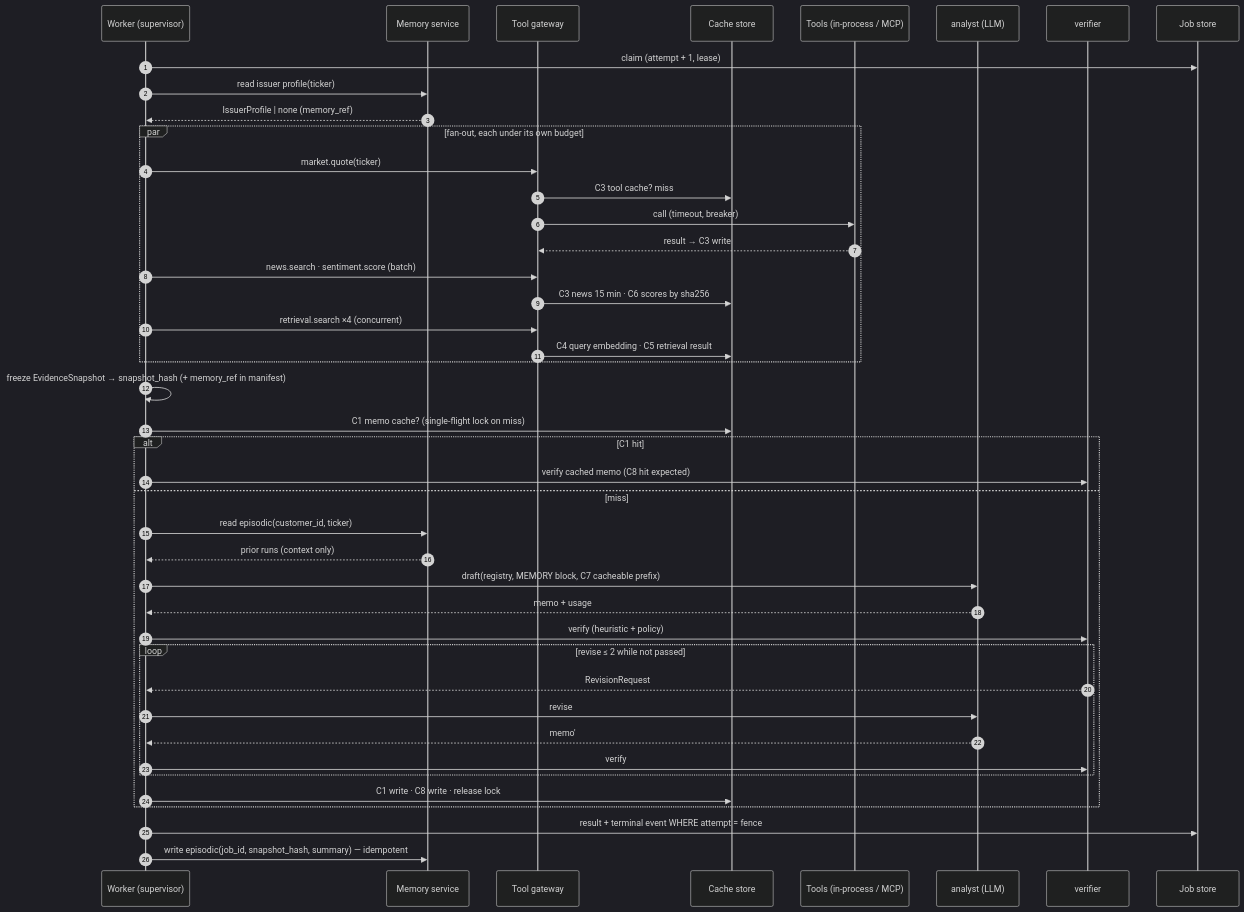
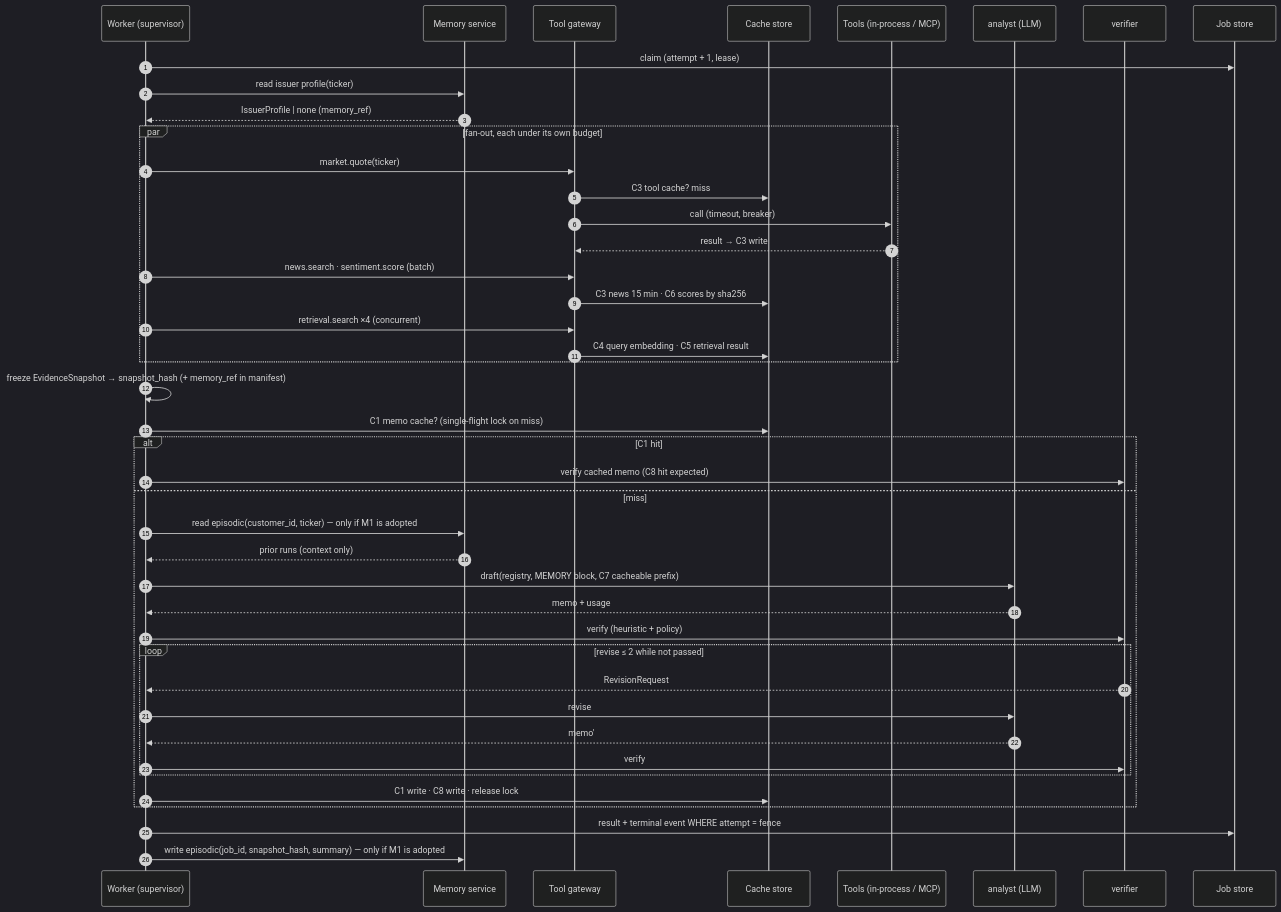
One commit to nilesh-auradkar05/Financial-Analyst-Agent changed the second of 7 diagrams in docs/agent-architecture.md. Above: the diagram before and after it, drawn with Mermaid (dark theme). The commit also changed other lines of this file and 13 other files, not shown here.

First line of the commit message:
docs: align resume wording with ADR-0017; add the owner's ADR-0017 diagrams

````diff
--- a/docs/agent-architecture.md
+++ b/docs/agent-architecture.md
@@ -98,45 +98,45 @@
 ```mermaid
 sequenceDiagram
   autonumber
   participant W as Worker (supervisor)
   participant M as Memory service
   participant G as Tool gateway
   participant C as Cache store
   participant T as Tools (in-process / MCP)
   participant A as analyst (LLM)
   participant V as verifier
   participant J as Job store
   W->>J: claim (attempt + 1, lease)
   W->>M: read issuer profile(ticker)
   M-->>W: IssuerProfile | none (memory_ref)
   par fan-out, each under its own budget
     W->>G: market.quote(ticker)
     G->>C: C3 tool cache? miss
     G->>T: call (timeout, breaker)
     T-->>G: result → C3 write
     W->>G: news.search · sentiment.score (batch)
     G->>C: C3 news 15 min · C6 scores by sha256
     W->>G: retrieval.search ×4 (concurrent)
     G->>C: C4 query embedding · C5 retrieval result
   end
   W->>W: freeze EvidenceSnapshot → snapshot_hash (+ memory_ref in manifest)
   W->>C: C1 memo cache? (single-flight lock on miss)
   alt C1 hit
     W->>V: verify cached memo (C8 hit expected)
   else miss
-    W->>M: read episodic(customer_id, ticker)
+    W->>M: read episodic(customer_id, ticker) — only if M1 is adopted
     M-->>W: prior runs (context only)
     W->>A: draft(registry, MEMORY block, C7 cacheable prefix)
     A-->>W: memo + usage
     W->>V: verify (heuristic + policy)
     loop revise ≤ 2 while not passed
       V-->>W: RevisionRequest
       W->>A: revise
       A-->>W: memo'
       W->>V: verify
     end
     W->>C: C1 write · C8 write · release lock
   end
   W->>J: result + terminal event WHERE attempt = fence
-  W->>M: write episodic(job_id, snapshot_hash, summary) — idempotent
+  W->>M: write episodic(job_id, snapshot_hash, summary) — only if M1 is adopted
 ```
````
